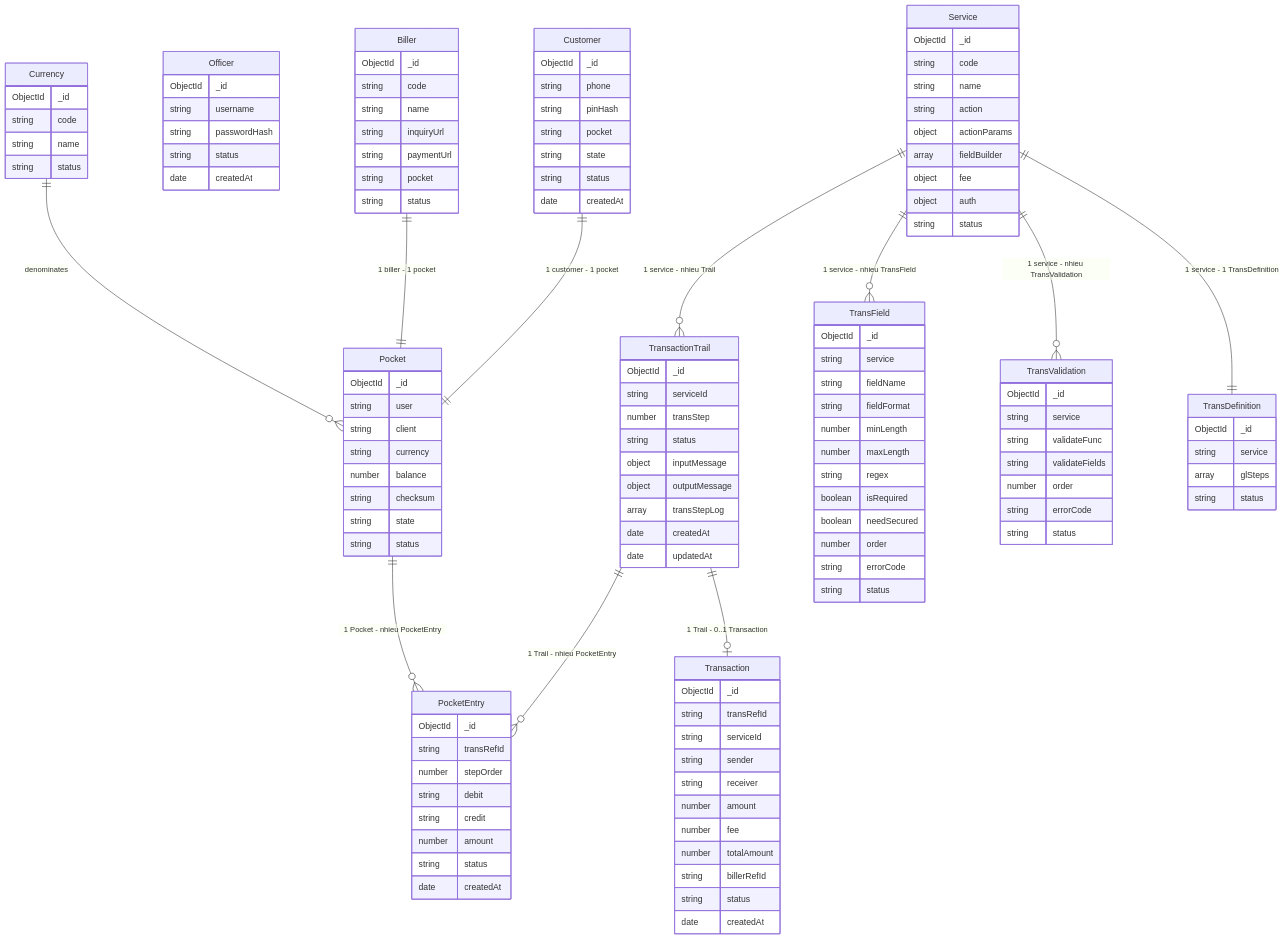
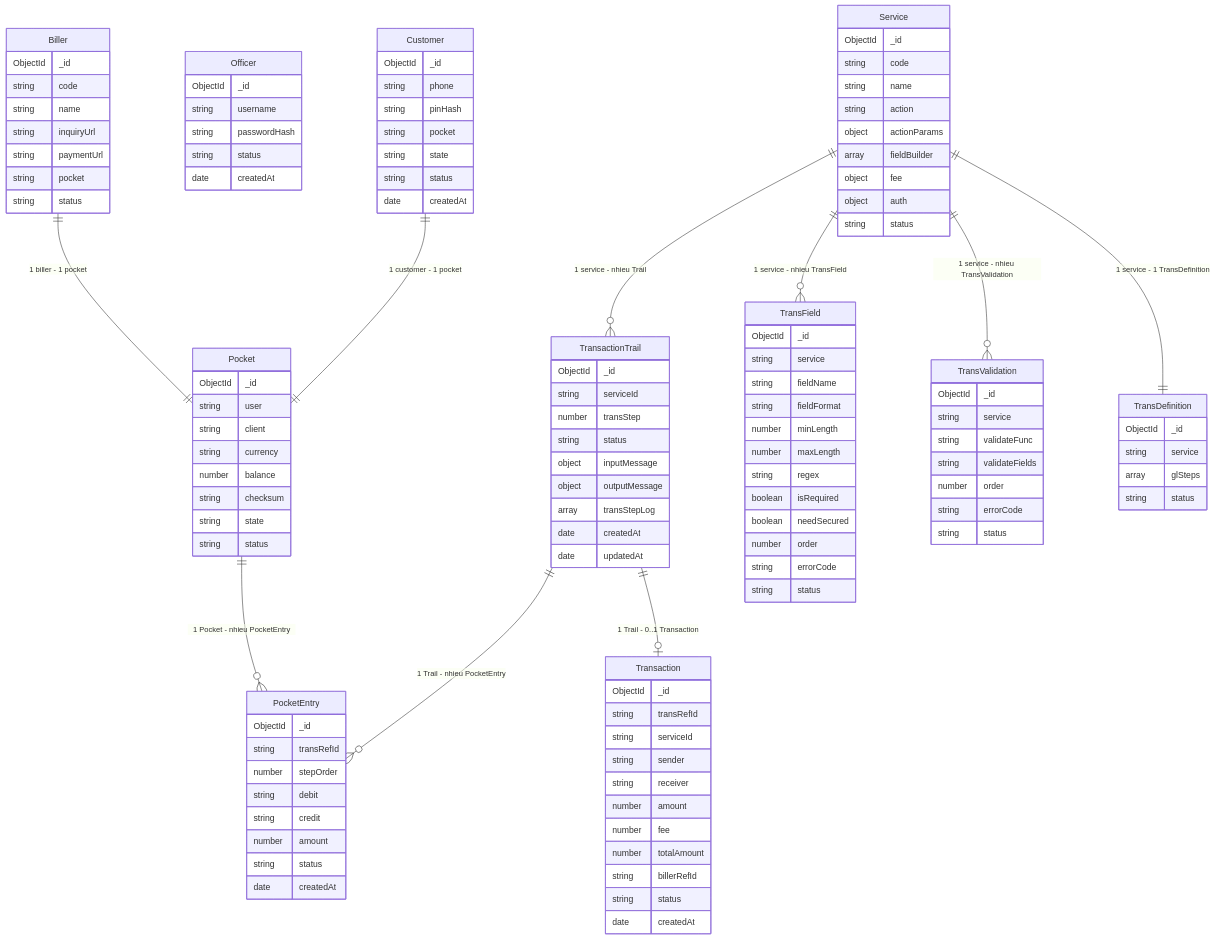
One commit to notvux00/mini-wallet changed the diagram in docs/model/erd and data dictionary.md. Above: the diagram before and after it, drawn with Mermaid. The commit also changed other lines of this file, not shown here.

Commit message:
Update erd and data dictionary.md

```diff
--- a/docs/model/erd and data dictionary.md
+++ b/docs/model/erd and data dictionary.md
@@ -66,12 +66,7 @@
     string   pocket
     string   status
   }
-  Currency {
-    ObjectId _id
-    string   code
-    string   name
-    string   status
-  }
+
 
   %% MIEN LEDGER
   Pocket {
@@ -164,7 +159,7 @@
   %% QUAN HE
   Customer      ||--|| Pocket           : "1 customer - 1 pocket"
   Biller        ||--|| Pocket           : "1 biller - 1 pocket"
-  Currency      ||--o{ Pocket           : "denominates"
+
   Service       ||--o{ TransField       : "1 service - nhieu TransField"
   Service       ||--o{ TransValidation  : "1 service - nhieu TransValidation"
   Service       ||--|| TransDefinition  : "1 service - 1 TransDefinition"
```
